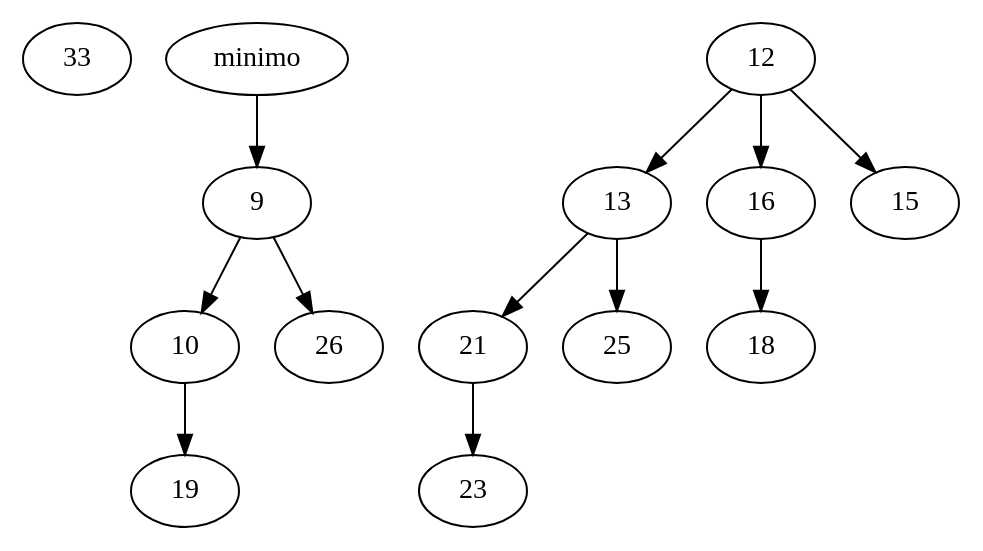
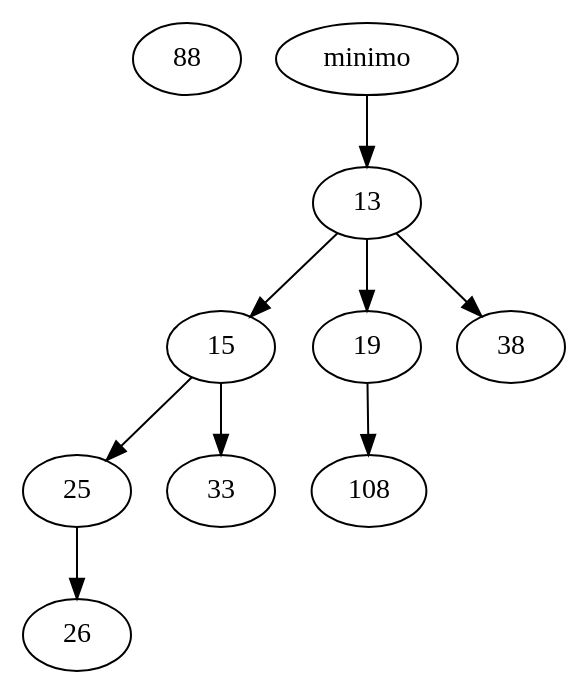
Before and after one commit to yincar123/fibonacci_heap: the diagram in fibonacci.dot, drawn with Graphviz. The commit also changed 6 other files, not shown here.

```diff
--- a/fibonacci.dot
+++ b/fibonacci.dot
@@ -1,16 +1,12 @@
 digraph{
-33
-9
-9 ->10;
-10 ->19;
-9 ->26;
-12
-12 ->13;
-13 ->21;
-21 ->23;
-13 ->25;
-12 ->16;
-16 ->18;
-12 ->15;
-minimo ->9;
+88
+13
+13 ->15;
+15 ->25;
+25 ->26;
+15 ->33;
+13 ->19;
+19 ->108;
+13 ->38;
+minimo ->13;
 }
```
